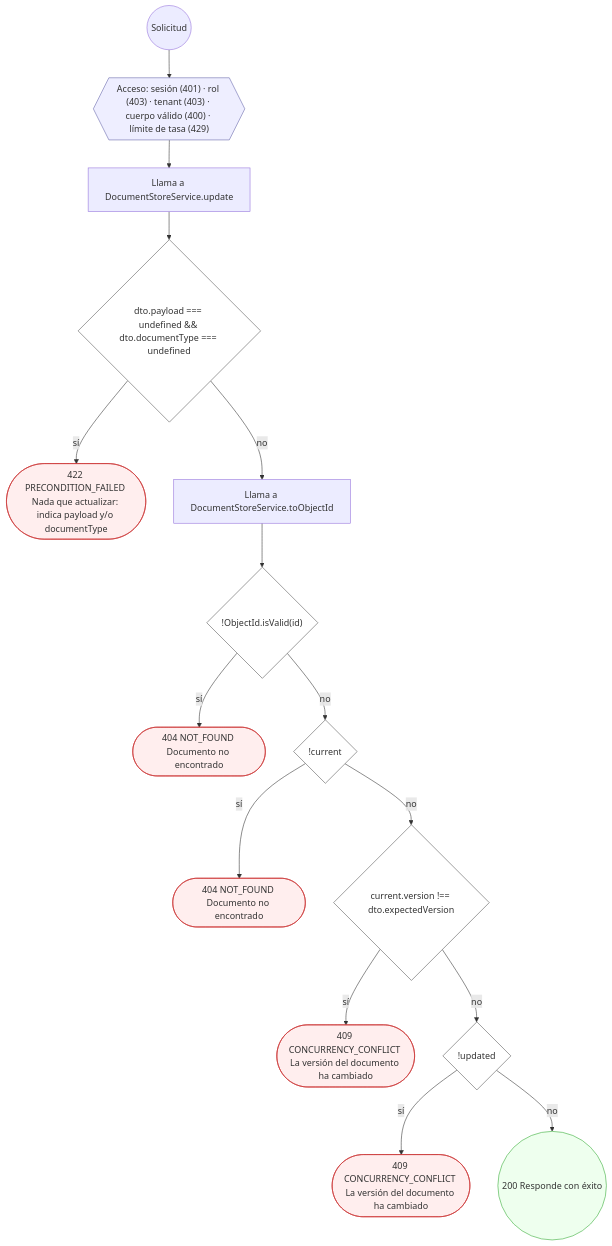
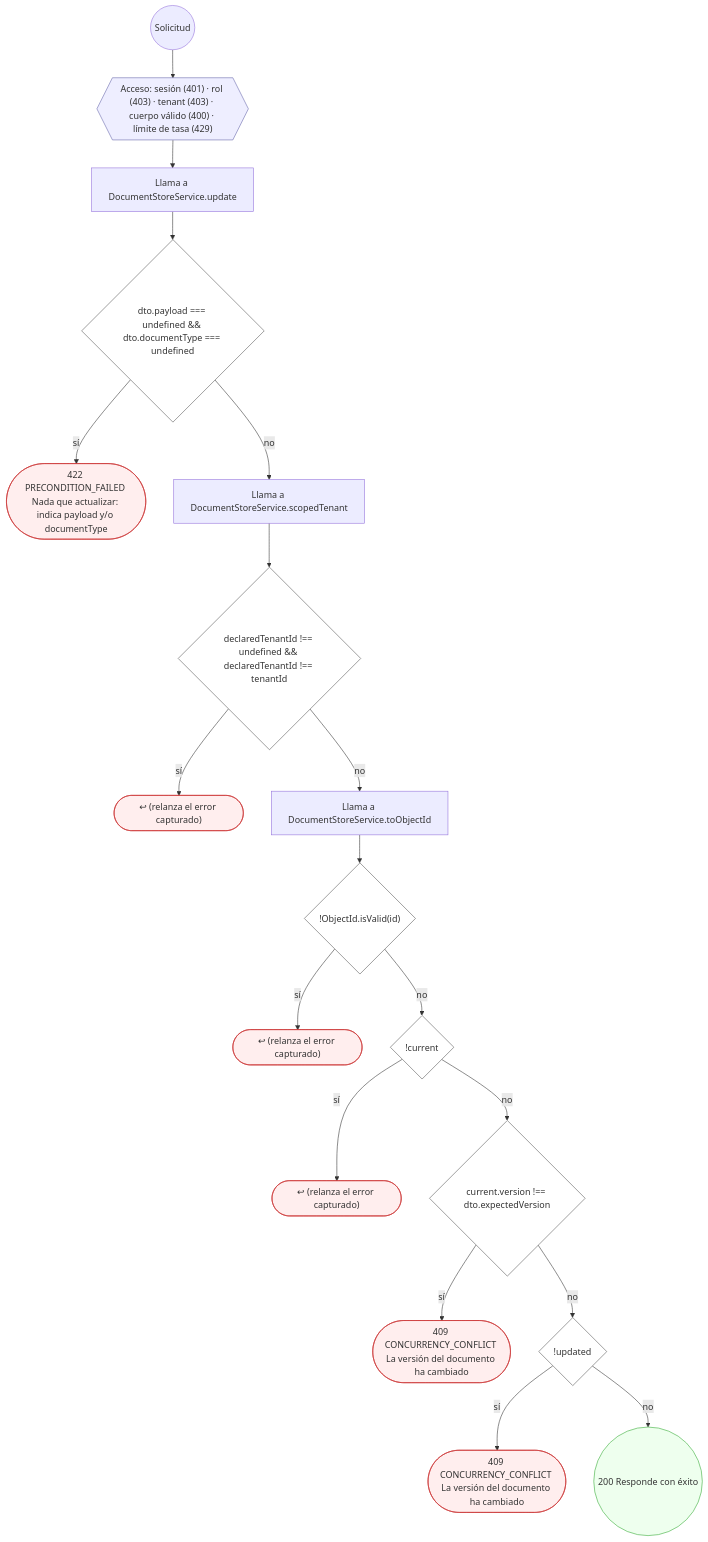
One commit to mdavila-2001/mantra-core-health-api changed the sixth of 6 diagrams in docs/inventario/flujos/document_store.md. Above: the diagram before and after it, drawn with Mermaid. The commit also changed other lines of this file and 438 other files, not shown here.

````diff
--- a/docs/inventario/flujos/document_store.md
+++ b/docs/inventario/flujos/document_store.md
@@ -157,38 +232,44 @@
 ```mermaid
 flowchart TD
   n1(("Solicitud")):::inicio
   n2{{"Acceso: sesión (401) · rol (403) · tenant (403) · cuerpo válido (400) · límite de tasa (429)"}}:::acceso
   n1 --> n2
   n3["Llama a DocumentStoreService.update"]:::llamada
   n2 --> n3
   n4{"dto.payload === undefined && dto.documentType === undefined"}:::decision
   n3 --> n4
   n5(["422 PRECONDITION_FAILED Nada que actualizar: indica payload y/o documentType"]):::error
   n4 -->|"sí"| n5
-  n6["Llama a DocumentStoreService.toObjectId"]:::llamada
+  n6["Llama a DocumentStoreService.scopedTenant"]:::llamada
   n4 -->|"no"| n6
-  n7{"!ObjectId.isValid(id)"}:::decision
+  n7{"declaredTenantId !== undefined && declaredTenantId !== tenantId"}:::decision
   n6 --> n7
-  n8(["404 NOT_FOUND Documento no encontrado"]):::error
+  n8(["↩ (relanza el error capturado)"]):::error
   n7 -->|"sí"| n8
-  n9{"!current"}:::decision
+  n9["Llama a DocumentStoreService.toObjectId"]:::llamada
   n7 -->|"no"| n9
-  n10(["404 NOT_FOUND Documento no encontrado"]):::error
-  n9 -->|"sí"| n10
-  n11{"current.version !== dto.expectedVersion"}:::decision
-  n9 -->|"no"| n11
-  n12(["409 CONCURRENCY_CONFLICT La versión del documento ha cambiado"]):::error
-  n11 -->|"sí"| n12
-  n13{"!updated"}:::decision
-  n11 -->|"no"| n13
-  n14(["409 CONCURRENCY_CONFLICT La versión del documento ha cambiado"]):::error
-  n13 -->|"sí"| n14
-  n15(("200 Responde con éxito")):::ok
-  n13 -->|"no"| n15
+  n10{"!ObjectId.isValid(id)"}:::decision
+  n9 --> n10
+  n11(["↩ (relanza el error capturado)"]):::error
+  n10 -->|"sí"| n11
+  n12{"!current"}:::decision
+  n10 -->|"no"| n12
+  n13(["↩ (relanza el error capturado)"]):::error
+  n12 -->|"sí"| n13
+  n14{"current.version !== dto.expectedVersion"}:::decision
+  n12 -->|"no"| n14
+  n15(["409 CONCURRENCY_CONFLICT La versión del documento ha cambiado"]):::error
+  n14 -->|"sí"| n15
+  n16{"!updated"}:::decision
+  n14 -->|"no"| n16
+  n17(["409 CONCURRENCY_CONFLICT La versión del documento ha cambiado"]):::error
+  n16 -->|"sí"| n17
+  n18(("200 Responde con éxito")):::ok
+  n16 -->|"no"| n18
   classDef acceso fill:#eef,stroke:#66a
   classDef error fill:#fee,stroke:#c33
   classDef ok fill:#efe,stroke:#3a3
   classDef efecto fill:#ffd,stroke:#aa3
   classDef decision fill:#fff,stroke:#555
   classDef corte fill:#eee,stroke:#999,stroke-dasharray: 4
 ```
````
